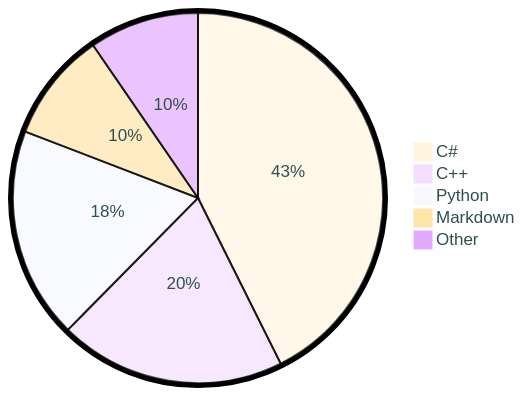
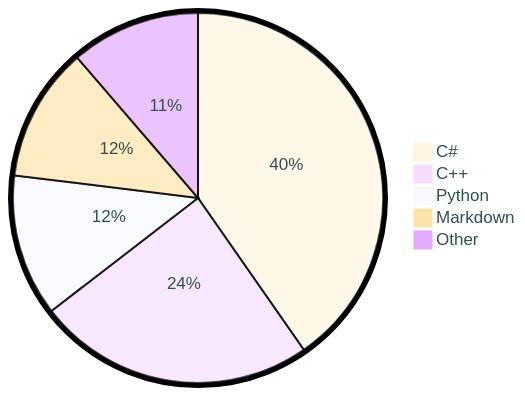
One commit to tot0p/tot0p changed the diagram in README.md. Above: the diagram before and after it, drawn with Mermaid. The commit also changed other lines of this file, not shown here.

````diff
--- a/README.md
+++ b/README.md
@@ -81,9 +80,9 @@
 ```mermaid
 %%{init: {"pie": {"textPosition": 0.5}, "themeVariables": {"pieOuterStrokeWidth": "5px","primaryTextColor" : "#2F4F4F"},"theme":"base"} }%%
 pie
-	"C#": 42.64
-	"C++": 19.77
-	"Python": 18.45
-	"Markdown": 9.58
-	"Other": 9.579999999999998
+	"C#": 40.31
+	"C++": 24.24
+	"Python": 12.4
+	"Markdown": 11.74
+	"Other": 11.309999999999999
 ```
````
